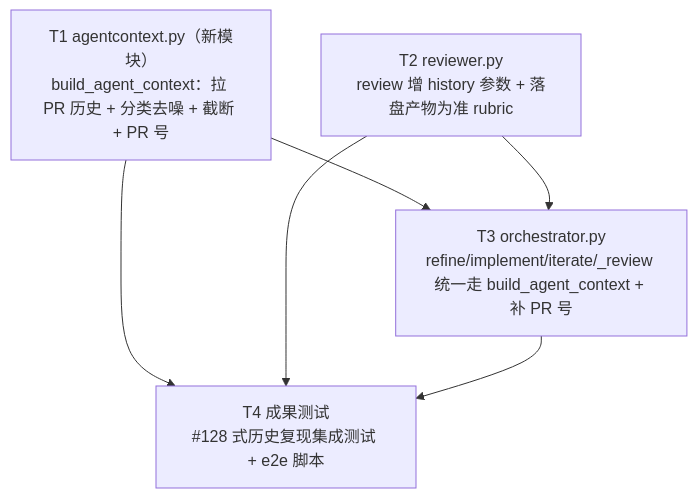
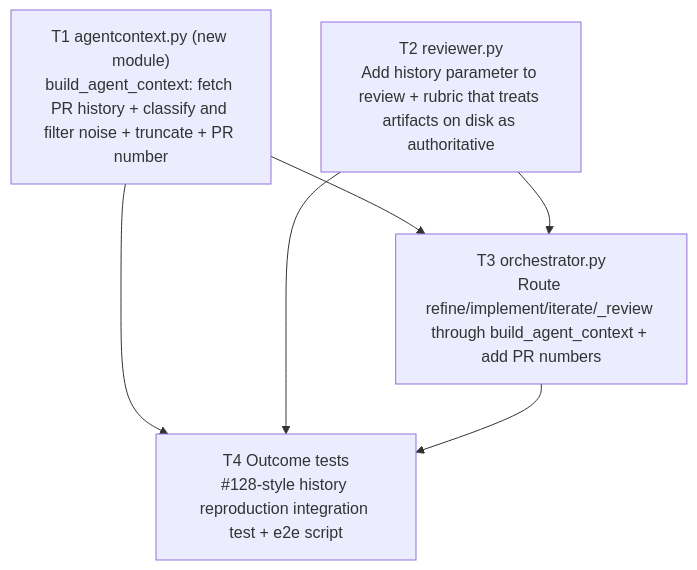
The diagram in docs/specs/0052-unified-agent-context-injection.md (Curry09/OpenAgents), drawn with Mermaid before and after one commit. The commit also changed other lines of this file and 461 other files, not shown here.

````diff
--- a/docs/specs/0052-unified-agent-context-injection.md
+++ b/docs/specs/0052-unified-agent-context-injection.md
@@ -210,12 +212,12 @@
 ```mermaid
 graph TD
-    T1["T1 agentcontext.py（新模块）<br/>build_agent_context：拉 PR 历史 + 分类去噪 + 截断 + PR 号"]
-    T2["T2 reviewer.py<br/>review 增 history 参数 + 落盘产物为准 rubric"]
-    T3["T3 orchestrator.py<br/>refine/implement/iterate/_review 统一走 build_agent_context + 补 PR 号"]
-    T4["T4 成果测试<br/>#128 式历史复现集成测试 + e2e 脚本"]
+    T1["T1 agentcontext.py (new module)<br/>build_agent_context: fetch PR history + classify and filter noise + truncate + PR number"]
+    T2["T2 reviewer.py<br/>Add history parameter to review + rubric that treats artifacts on disk as authoritative"]
+    T3["T3 orchestrator.py<br/>Route refine/implement/iterate/_review through build_agent_context + add PR numbers"]
+    T4["T4 Outcome tests<br/>#128-style history reproduction integration test + e2e script"]
     T1 --> T3
     T2 --> T3
     T1 --> T4
     T2 --> T4
     T3 --> T4
 ```
````
